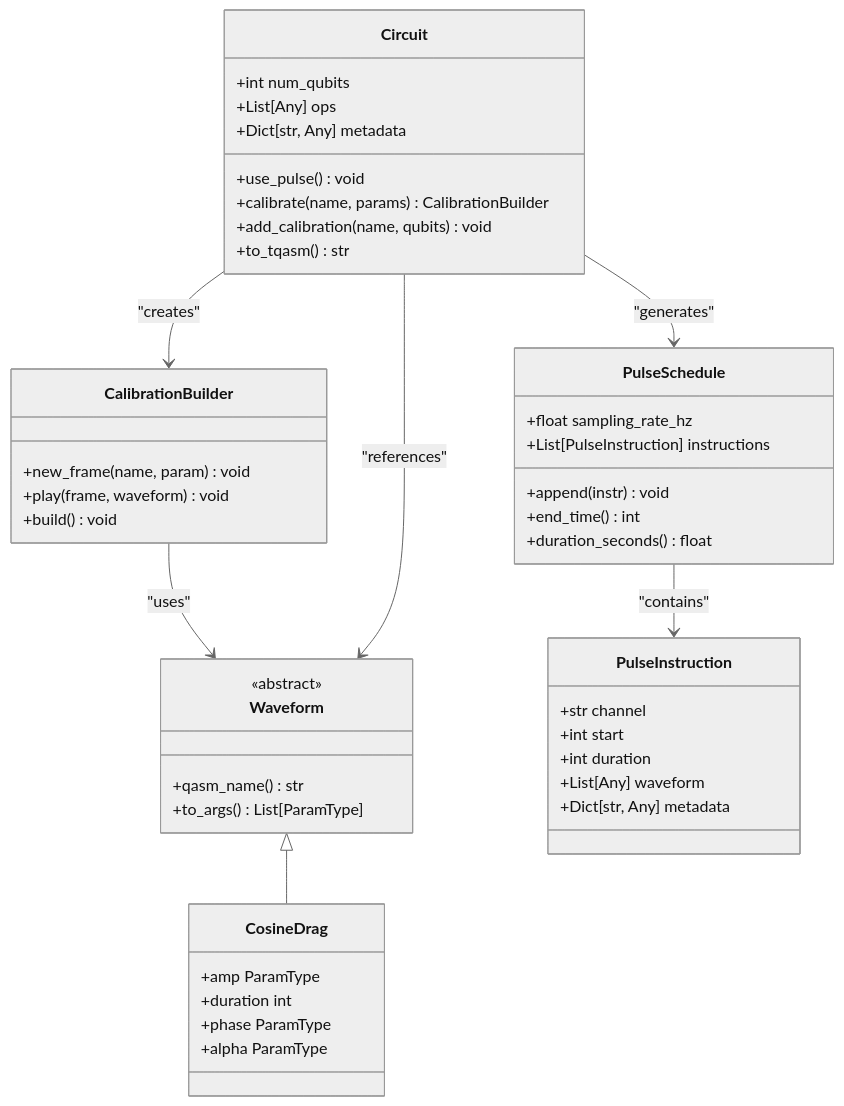
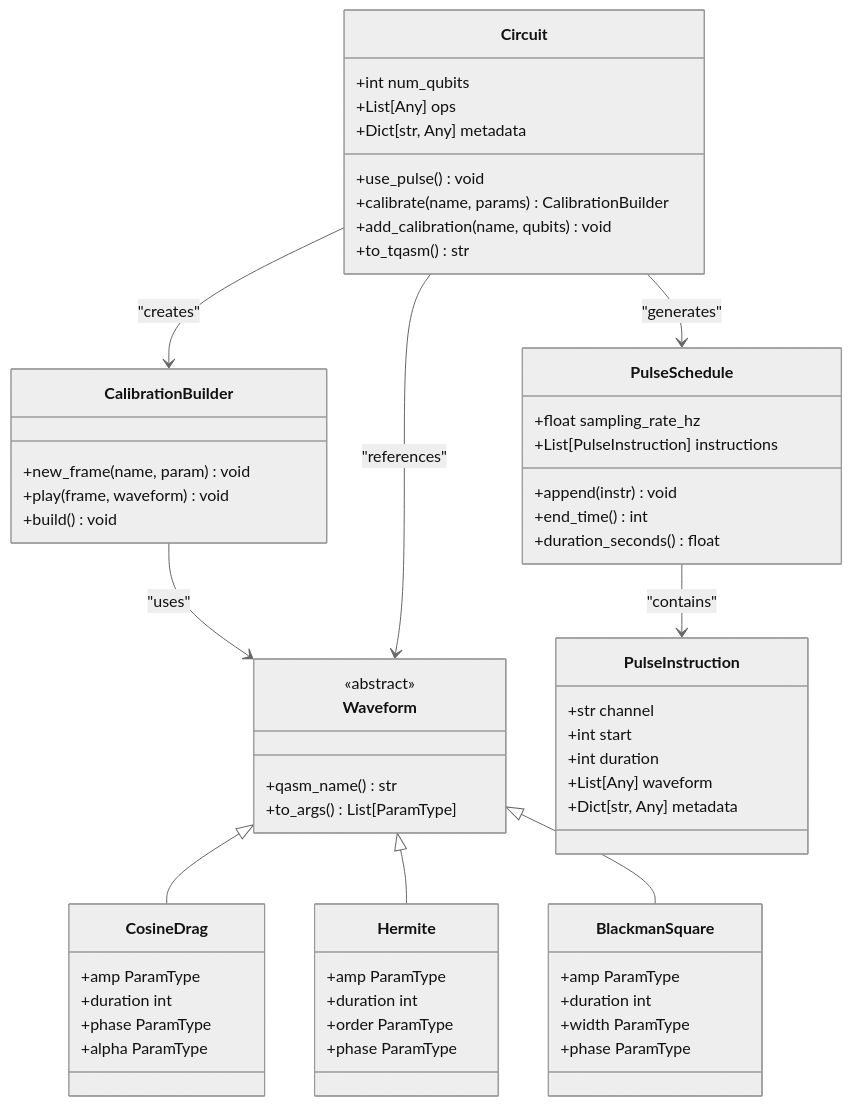
The third of 3 diagrams in .qoder/repowiki/en/content/Examples and Tutorials/Pulse-Level Control Examples.md (QureGenAI-Biotech/TyxonQ), drawn with Mermaid (neutral theme) before and after one commit. The commit also changed other lines of this file and 9 other files, not shown here.

````diff
--- a/.qoder/repowiki/en/content/Examples and Tutorials/Pulse-Level Control Examples.md
+++ b/.qoder/repowiki/en/content/Examples and Tutorials/Pulse-Level Control Examples.md
@@ -101,48 +108,62 @@
 ```mermaid
 classDiagram
 class Circuit {
 +int num_qubits
 +List[Any] ops
 +Dict[str, Any] metadata
 +use_pulse() void
 +calibrate(name, params) CalibrationBuilder
 +add_calibration(name, qubits) void
 +to_tqasm() str
 }
 class CalibrationBuilder {
 +new_frame(name, param) void
 +play(frame, waveform) void
 +build() void
 }
 class Waveform {
 <<abstract>>
 +qasm_name() str
 +to_args() List[ParamType]
 }
 class CosineDrag {
 +amp ParamType
 +duration int
 +phase ParamType
 +alpha ParamType
 }
+class Hermite {
++amp ParamType
++duration int
++order ParamType
++phase ParamType
+}
+class BlackmanSquare {
++amp ParamType
++duration int
++width ParamType
++phase ParamType
+}
 class PulseSchedule {
 +float sampling_rate_hz
 +List[PulseInstruction] instructions
 +append(instr) void
 +end_time() int
 +duration_seconds() float
 }
 class PulseInstruction {
 +str channel
 +int start
 +int duration
 +List[Any] waveform
 +Dict[str, Any] metadata
 }
 Circuit --> CalibrationBuilder : "creates"
 Circuit --> PulseSchedule : "generates"
 CalibrationBuilder --> Waveform : "uses"
 Waveform <|-- CosineDrag
+Waveform <|-- Hermite
+Waveform <|-- BlackmanSquare
 PulseSchedule --> PulseInstruction : "contains"
 Circuit --> Waveform : "references"
 ```
````
